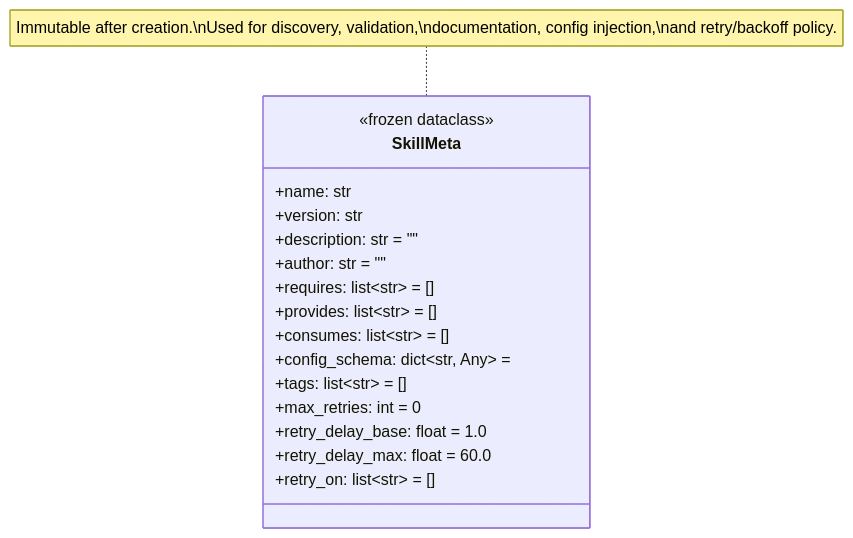
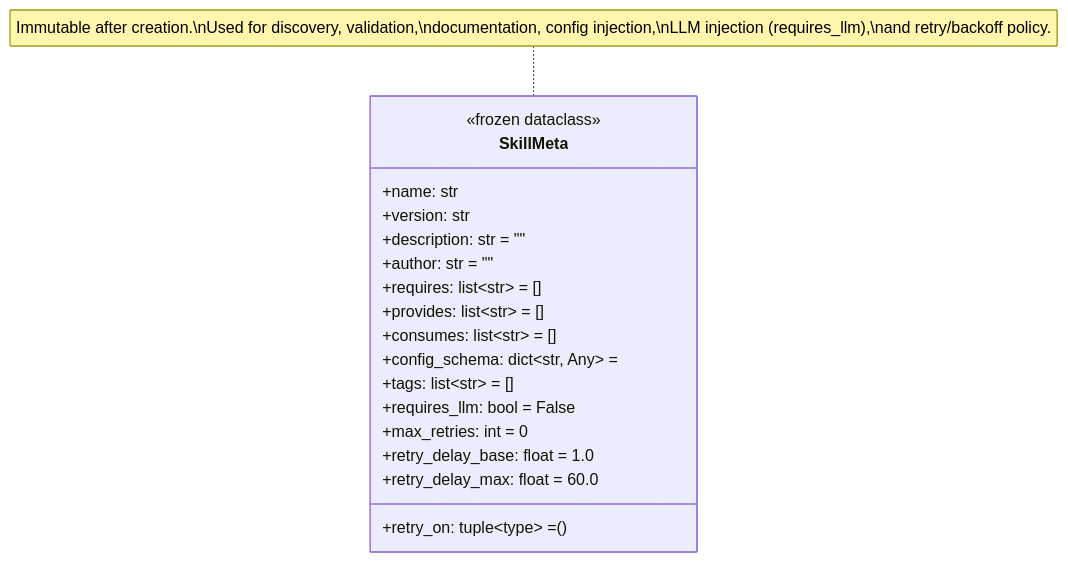
The seventh of 19 diagrams in ARCHITECTURE.md (alexh-scrt/neurocore), drawn with Mermaid before and after one commit. The commit also changed other lines of this file and 94 other files, not shown here.

````diff
--- a/ARCHITECTURE.md
+++ b/ARCHITECTURE.md
@@ -449,21 +481,22 @@
 ```mermaid
 classDiagram
     class SkillMeta {
         <<frozen dataclass>>
         +name: str
         +version: str
         +description: str = ""
         +author: str = ""
         +requires: list~str~ = []
         +provides: list~str~ = []
         +consumes: list~str~ = []
         +config_schema: dict~str, Any~ =
         +tags: list~str~ = []
+        +requires_llm: bool = False
         +max_retries: int = 0
         +retry_delay_base: float = 1.0
         +retry_delay_max: float = 60.0
-        +retry_on: list~str~ = []
+        +retry_on: tuple~type~ = ()
     }
 
-    note for SkillMeta "Immutable after creation.\nUsed for discovery, validation,\ndocumentation, config injection,\nand retry/backoff policy."
+    note for SkillMeta "Immutable after creation.\nUsed for discovery, validation,\ndocumentation, config injection,\nLLM injection (requires_llm),\nand retry/backoff policy."
 ```
````
